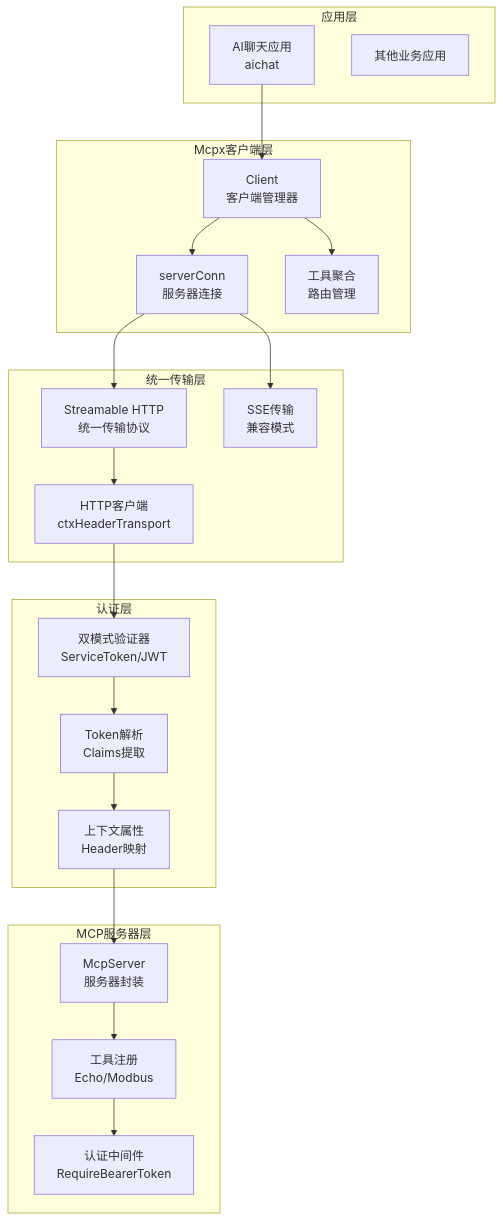
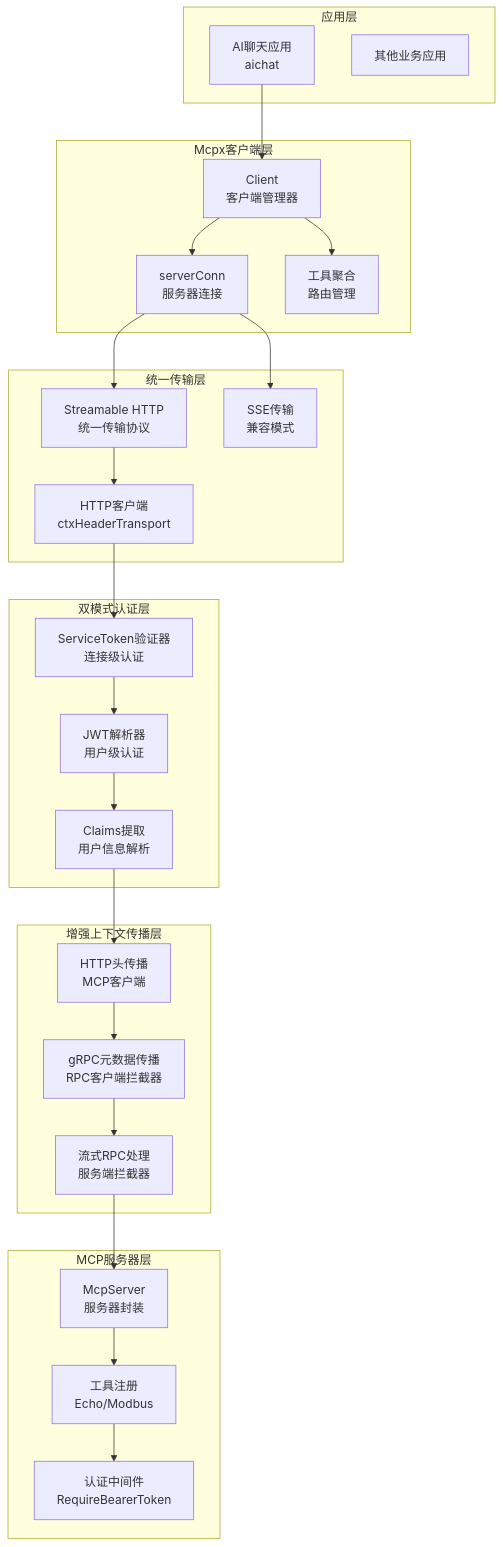
The second of 13 diagrams in .qoder/repowiki/zh/content/核心服务详解/Mcpx客户端包.md (maomao94/zero-service), drawn with Mermaid before and after one commit. The commit also changed other lines of this file and 19 other files, not shown here.

````diff
--- a/.qoder/repowiki/zh/content/核心服务详解/Mcpx客户端包.md
+++ b/.qoder/repowiki/zh/content/核心服务详解/Mcpx客户端包.md
@@ -125,39 +143,47 @@
 ```mermaid
 graph TB
 subgraph "应用层"
 A[AI聊天应用<br/>aichat]
 B[其他业务应用]
 end
 subgraph "Mcpx客户端层"
 C[Client<br/>客户端管理器]
 D[serverConn<br/>服务器连接]
 E[工具聚合<br/>路由管理]
 end
 subgraph "统一传输层"
 F[Streamable HTTP<br/>统一传输协议]
 G[SSE传输<br/>兼容模式]
 H[HTTP客户端<br/>ctxHeaderTransport]
 end
-subgraph "认证层"
-I[双模式验证器<br/>ServiceToken/JWT]
-J[Token解析<br/>Claims提取]
-K[上下文属性<br/>Header映射]
+subgraph "双模式认证层"
+I[ServiceToken验证器<br/>连接级认证]
+J[JWT解析器<br/>用户级认证]
+K[Claims提取<br/>用户信息解析]
+end
+subgraph "增强上下文传播层"
+L[HTTP头传播<br/>MCP客户端]
+M[gRPC元数据传播<br/>RPC客户端拦截器]
+N[流式RPC处理<br/>服务端拦截器]
 end
 subgraph "MCP服务器层"
-L[McpServer<br/>服务器封装]
-M[工具注册<br/>Echo/Modbus]
-N[认证中间件<br/>RequireBearerToken]
+O[McpServer<br/>服务器封装]
+P[工具注册<br/>Echo/Modbus]
+Q[认证中间件<br/>RequireBearerToken]
 end
 A --> C
 C --> D
 C --> E
 D --> F
 D --> G
 F --> H
 H --> I
 I --> J
 J --> K
 K --> L
 L --> M
 M --> N
+N --> O
+O --> P
+P --> Q
 ```
````
